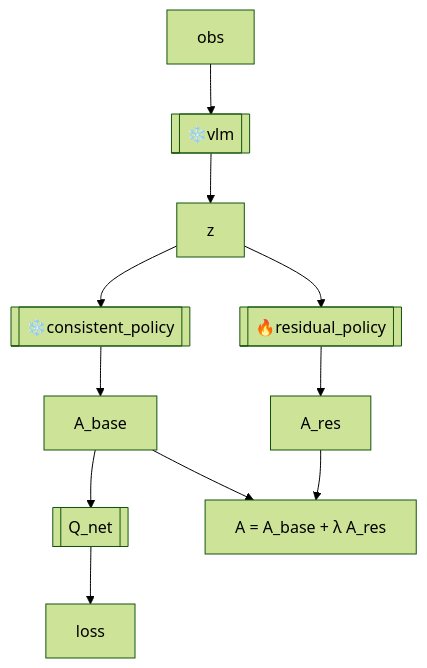
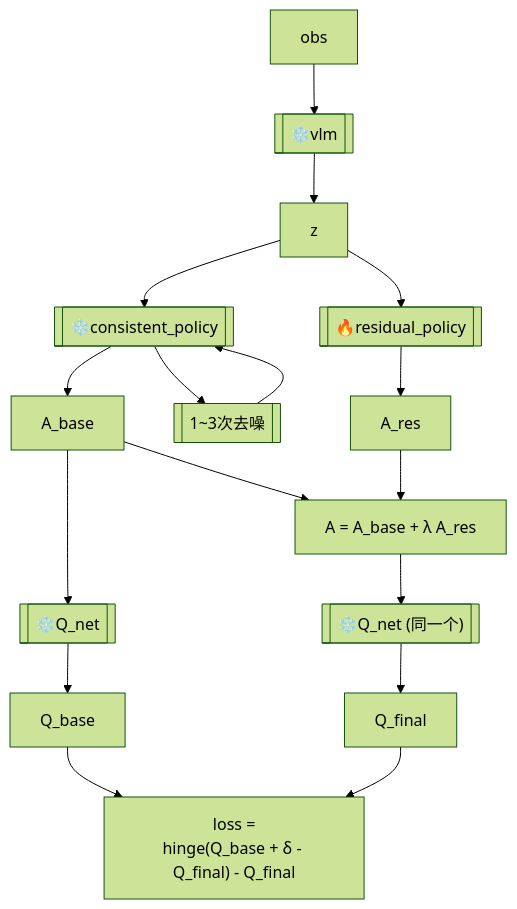
One commit to julyfun/how-to changed the third of 3 diagrams in papers/papers-batch-2.md. Above: the diagram before and after it, drawn with Mermaid (forest theme). The commit also changed other lines of this file, not shown here.

````diff
--- a/papers/papers-batch-2.md
+++ b/papers/papers-batch-2.md
@@ -173,7 +176,9 @@
 ```mermaid
 flowchart TD
     obs --> vlm[[❄️vlm]] --> z
-    z --> policy[[❄️consistent_policy]] --> A_base --> Q[[Q_net]] --> loss
-    z --> residual[[🔥residual_policy]] --> A_res --> A["A = A_base + λ A_res"]
-    A_base --> A
+    z --> policy[[❄️consistent_policy]] --> A_base --> Q1[[❄️Q_net]] --> Q_base --> loss
+    z --> residual[[🔥residual_policy]] --> A_res --> A_final["A = A_base + λ A_res"] --> Q2[["❄️Q_net (同一个)"]] --> Q_final --> loss
+    policy --> v[[1~3次去噪]] -->policy
+    A_base --> A_final
+    loss["loss =<br>hinge(Q_base + δ - Q_final) - Q_final<br>"]
 ```
````
